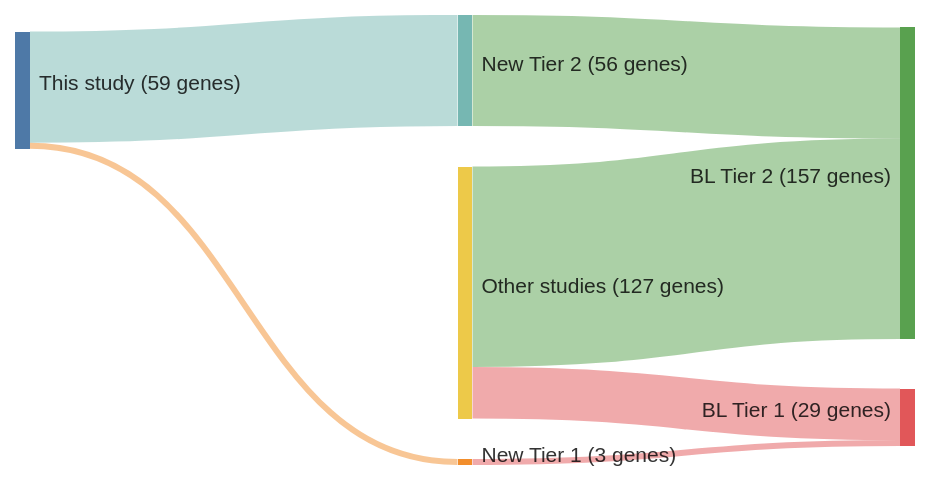
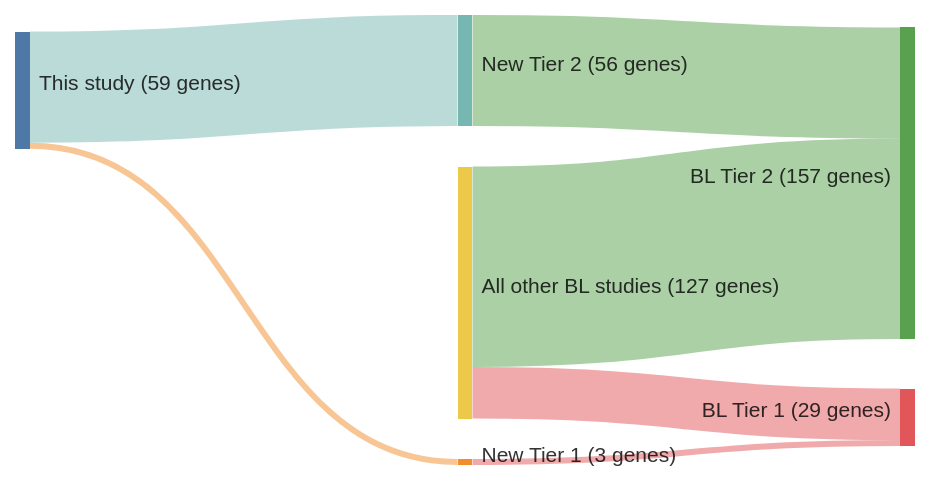
One commit to morinlab/lymphopedia changed the diagram in papers/loveGeneticLandscapeMutations2012.md. Above: the diagram before and after it, drawn with Mermaid. The commit also changed 82 other files, not shown here.

````diff
--- a/papers/loveGeneticLandscapeMutations2012.md
+++ b/papers/loveGeneticLandscapeMutations2012.md
@@ -12,20 +12,20 @@
 ```mermaid
 ---
 config:
     sankey:
         showValues: true
         linkColor: target
         width: 600
         height: 300
         nodeAlignment: right
         prefix: '('
         suffix: ' genes)'
 ---
 sankey-beta
 This study, New Tier 1, 3
 New Tier 1, BL Tier 1, 3
 This study, New Tier 2, 56
 New Tier 2, BL Tier 2, 56
-Other studies, BL Tier 1, 26
-Other studies, BL Tier 2, 101
+All other BL studies, BL Tier 1, 26
+All other BL studies, BL Tier 2, 101
 ```
````
